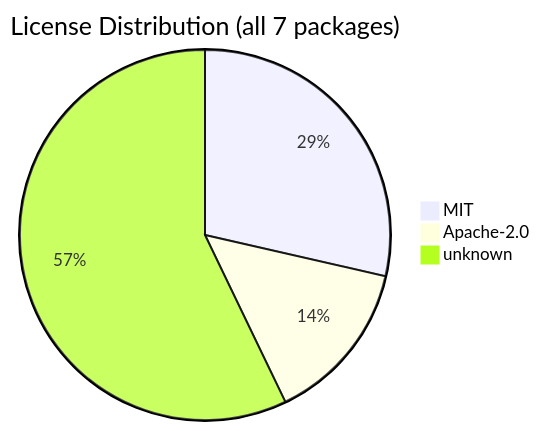
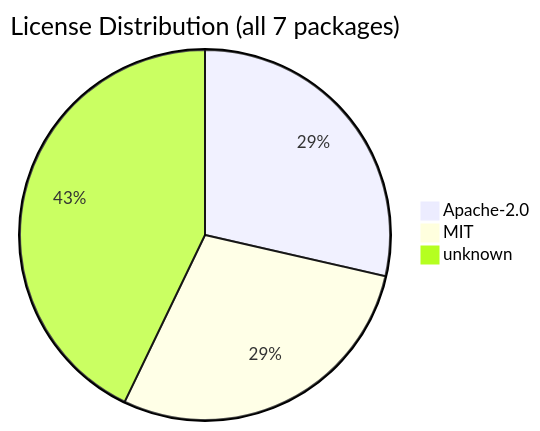
The diagram in .shipwright/compliance/sbom.md (svenroth-ai/shipwright), drawn with Mermaid before and after one commit. The commit also changed other lines of this file and 20 other files, not shown here.

````diff
--- a/.shipwright/compliance/sbom.md
+++ b/.shipwright/compliance/sbom.md
@@ -18,6 +18,6 @@
 ```mermaid
 pie title License Distribution (all 7 packages)
+    "Apache-2.0" : 2
     "MIT" : 2
-    "Apache-2.0" : 1
-    "unknown" : 4
+    "unknown" : 3
 ```
````
